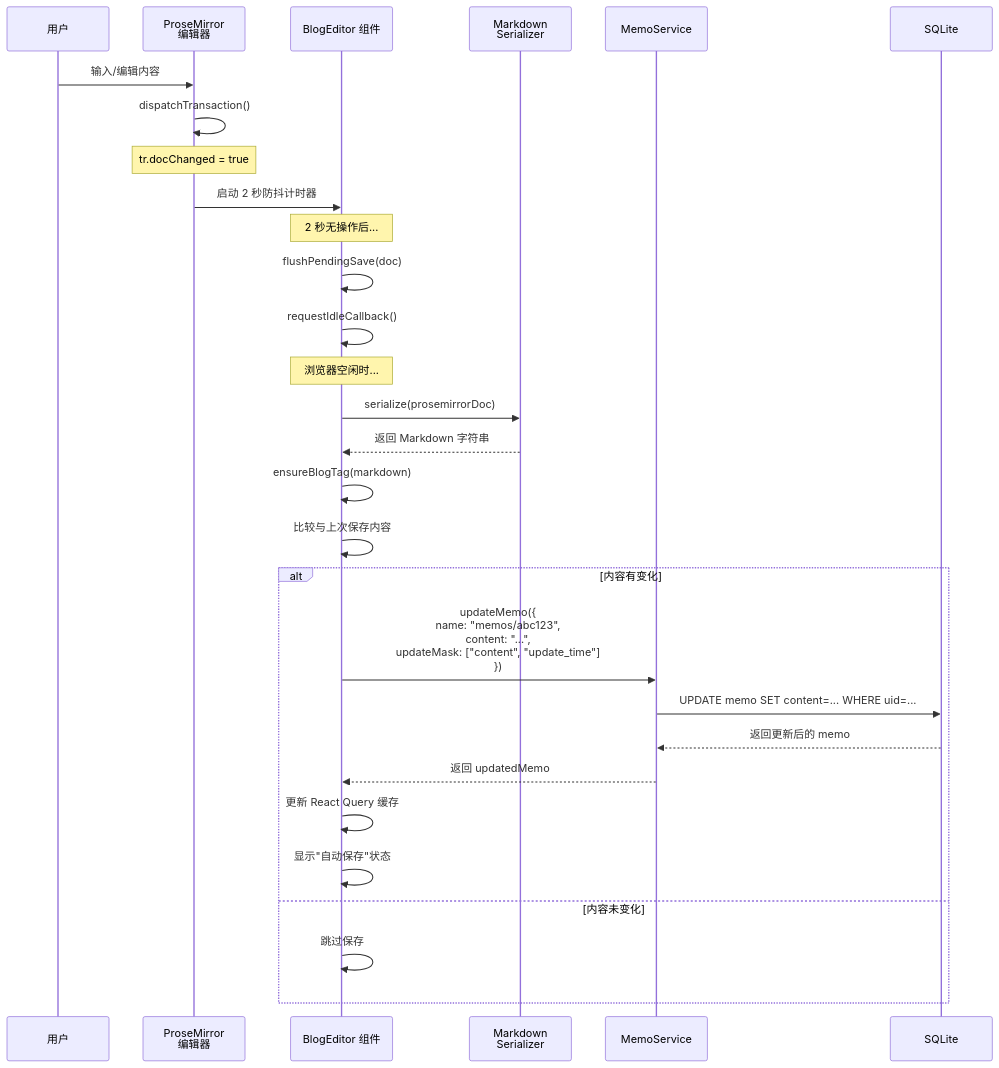
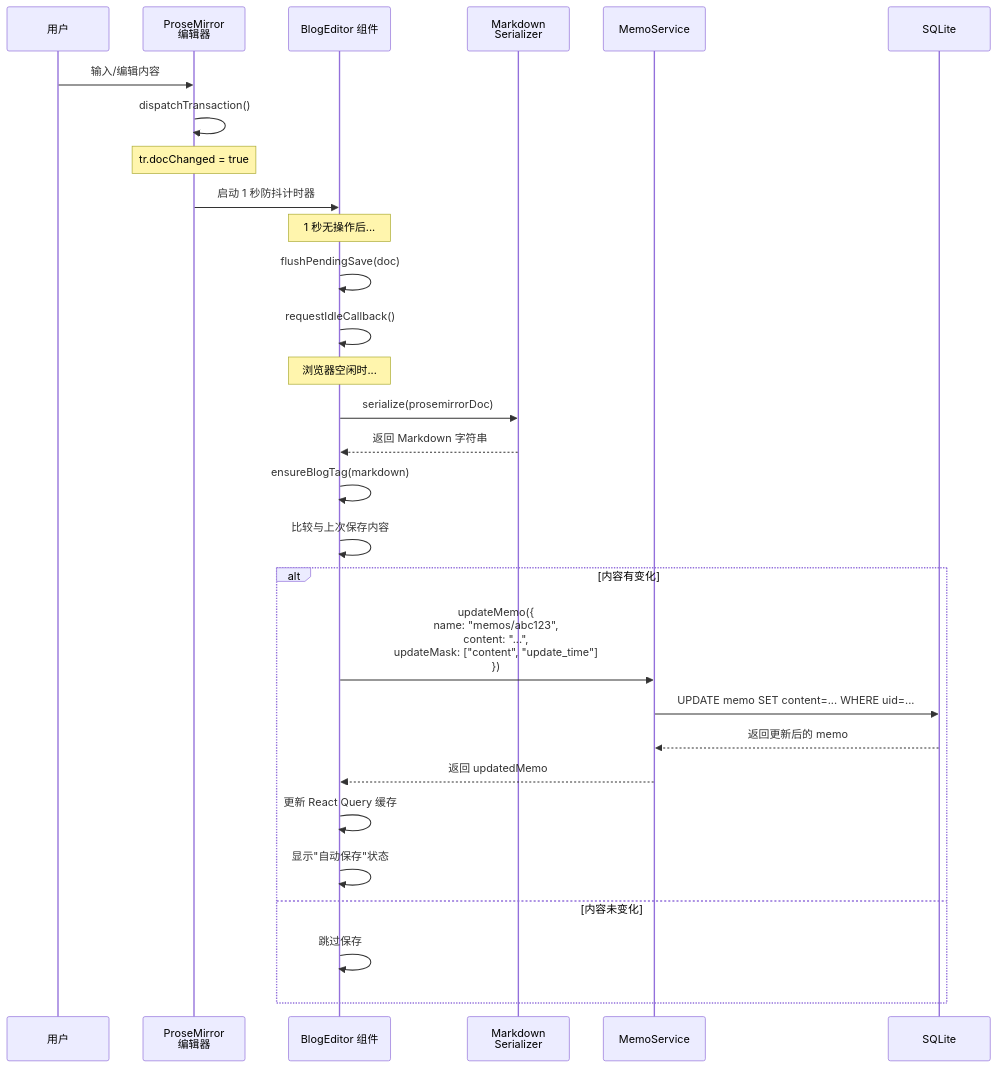
One commit to austinhmh/memos changed the sixth of 8 diagrams in docs/SERVICE_DESIGN.md. Above: the diagram before and after it, drawn with Mermaid. The commit also changed other lines of this file and 22 other files, not shown here.

First line of the commit message:
fix: stabilize blog editor table e2e flows

````diff
--- a/docs/SERVICE_DESIGN.md
+++ b/docs/SERVICE_DESIGN.md
@@ -248,37 +248,37 @@
 ```mermaid
 sequenceDiagram
     participant User as 用户
     participant PM as ProseMirror<br/>编辑器
     participant BlogEditor as BlogEditor 组件
     participant Serializer as Markdown<br/>Serializer
     participant API as MemoService
     participant DB as SQLite
 
     User->>PM: 输入/编辑内容
     PM->>PM: dispatchTransaction()
     Note over PM: tr.docChanged = true
-    PM->>BlogEditor: 启动 2 秒防抖计时器
+    PM->>BlogEditor: 启动 1 秒防抖计时器
     
-    Note over BlogEditor: 2 秒无操作后...
+    Note over BlogEditor: 1 秒无操作后...
     
     BlogEditor->>BlogEditor: flushPendingSave(doc)
     BlogEditor->>BlogEditor: requestIdleCallback()
     
     Note over BlogEditor: 浏览器空闲时...
     
     BlogEditor->>Serializer: serialize(prosemirrorDoc)
     Serializer-->>BlogEditor: 返回 Markdown 字符串
     BlogEditor->>BlogEditor: ensureBlogTag(markdown)
     BlogEditor->>BlogEditor: 比较与上次保存内容
     
     alt 内容有变化
         BlogEditor->>API: updateMemo({<br/>  name: "memos/abc123",<br/>  content: "...",<br/>  updateMask: ["content", "update_time"]<br/>})
         API->>DB: UPDATE memo SET content=... WHERE uid=...
         DB-->>API: 返回更新后的 memo
         API-->>BlogEditor: 返回 updatedMemo
         BlogEditor->>BlogEditor: 更新 React Query 缓存
         BlogEditor->>BlogEditor: 显示"自动保存"状态
     else 内容未变化
         BlogEditor->>BlogEditor: 跳过保存
     end
 ```
````
